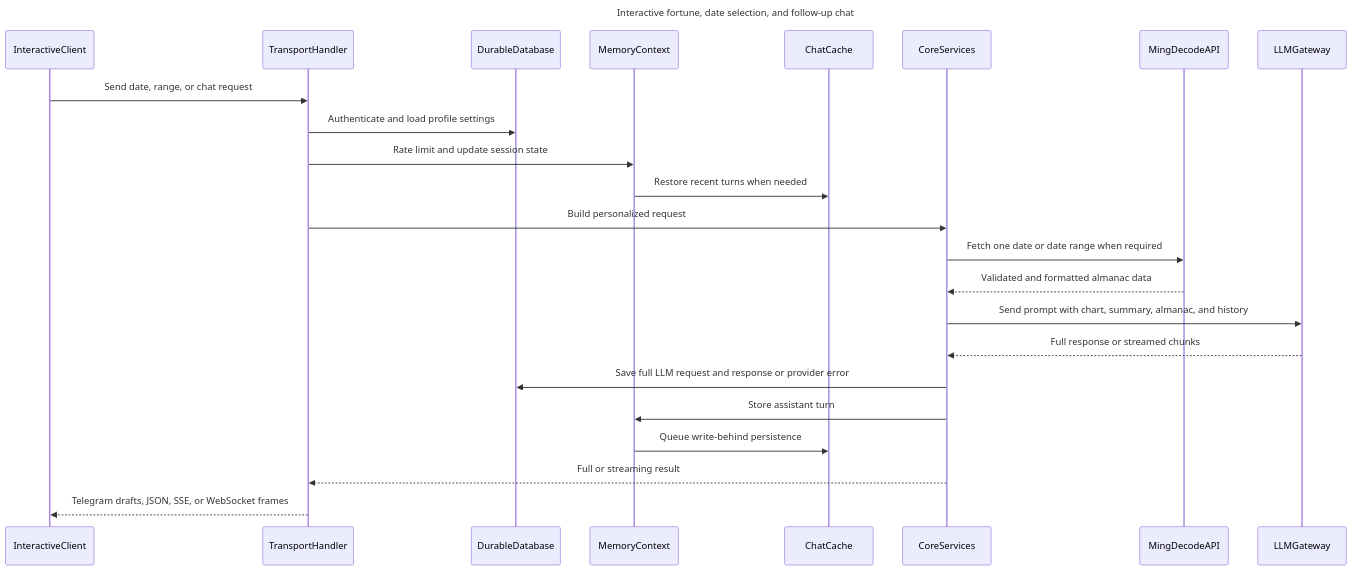
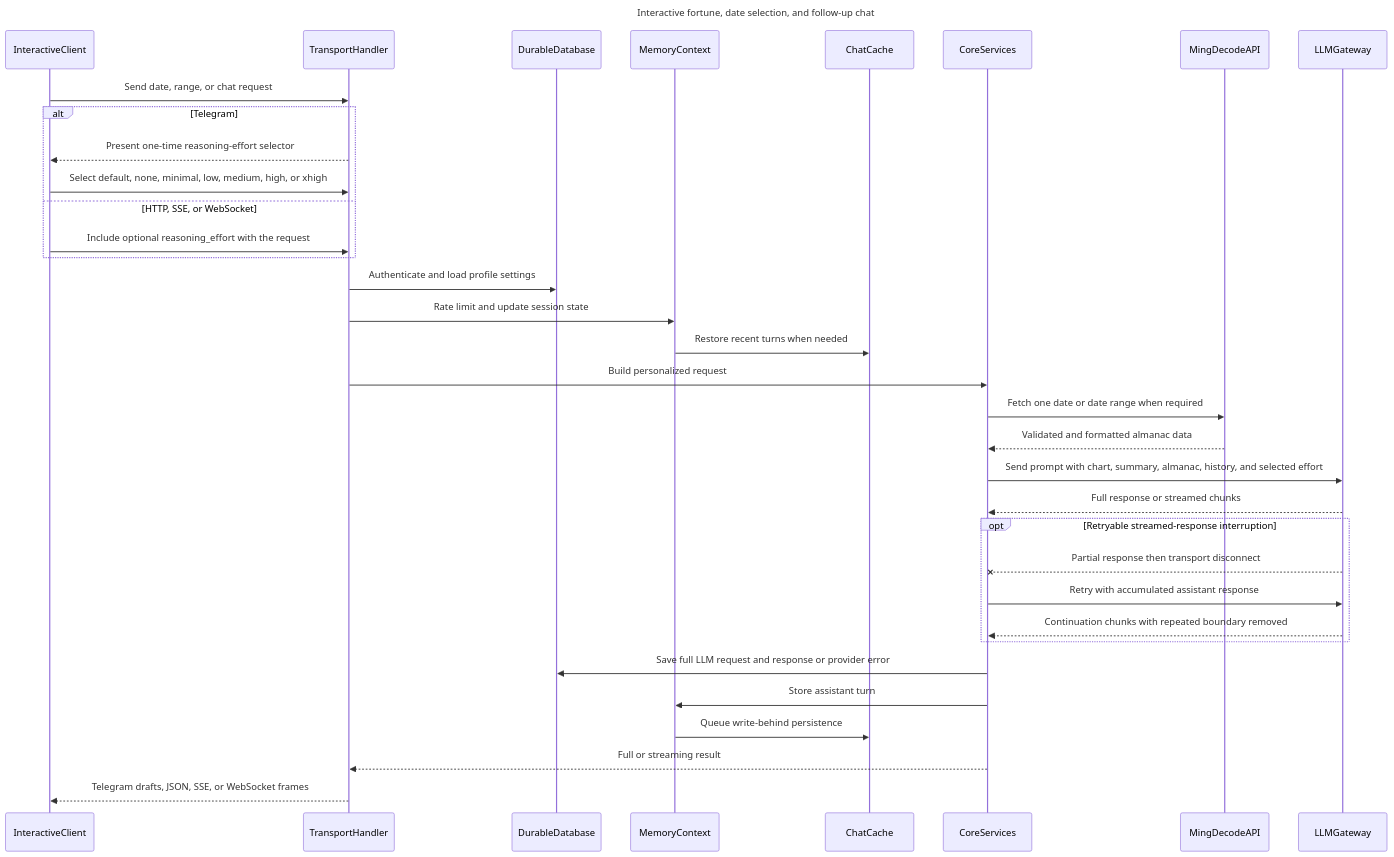
The third of 6 diagrams in docs/project-flow-sequence.md (henius98/BaziFlowAgent), drawn with Mermaid before and after one commit. The commit also changed other lines of this file and 71 other files, not shown here.

````diff
--- a/docs/project-flow-sequence.md
+++ b/docs/project-flow-sequence.md
@@ -87,27 +94,38 @@
 ```mermaid
 sequenceDiagram
     title Interactive fortune, date selection, and follow-up chat
     participant InteractiveClient
     participant TransportHandler
     participant DurableDatabase
     participant MemoryContext
     participant ChatCache
     participant CoreServices
     participant MingDecodeAPI
     participant LLMGateway
 
     InteractiveClient->>TransportHandler: Send date, range, or chat request
+    alt Telegram
+        TransportHandler-->>InteractiveClient: Present one-time reasoning-effort selector
+        InteractiveClient->>TransportHandler: Select default, none, minimal, low, medium, high, or xhigh
+    else HTTP, SSE, or WebSocket
+        InteractiveClient->>TransportHandler: Include optional reasoning_effort with the request
+    end
     TransportHandler->>DurableDatabase: Authenticate and load profile settings
     TransportHandler->>MemoryContext: Rate limit and update session state
     MemoryContext->>ChatCache: Restore recent turns when needed
     TransportHandler->>CoreServices: Build personalized request
     CoreServices->>MingDecodeAPI: Fetch one date or date range when required
     MingDecodeAPI-->>CoreServices: Validated and formatted almanac data
-    CoreServices->>LLMGateway: Send prompt with chart, summary, almanac, and history
+    CoreServices->>LLMGateway: Send prompt with chart, summary, almanac, history, and selected effort
     LLMGateway-->>CoreServices: Full response or streamed chunks
+    opt Retryable streamed-response interruption
+        LLMGateway--xCoreServices: Partial response then transport disconnect
+        CoreServices->>LLMGateway: Retry with accumulated assistant response
+        LLMGateway-->>CoreServices: Continuation chunks with repeated boundary removed
+    end
     CoreServices->>DurableDatabase: Save full LLM request and response or provider error
     CoreServices->>MemoryContext: Store assistant turn
     MemoryContext->>ChatCache: Queue write-behind persistence
     CoreServices-->>TransportHandler: Full or streaming result
     TransportHandler-->>InteractiveClient: Telegram drafts, JSON, SSE, or WebSocket frames
 ```
````
